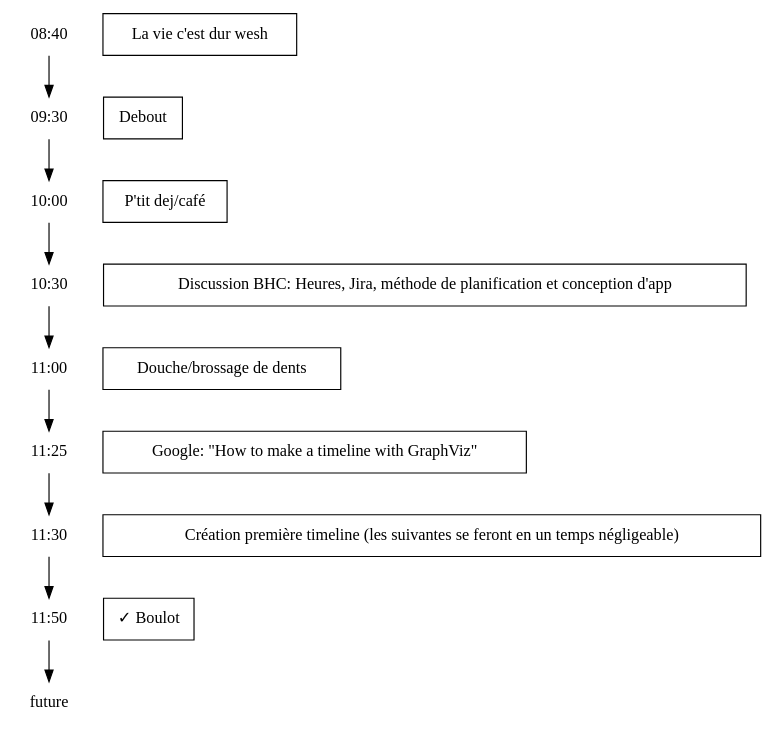
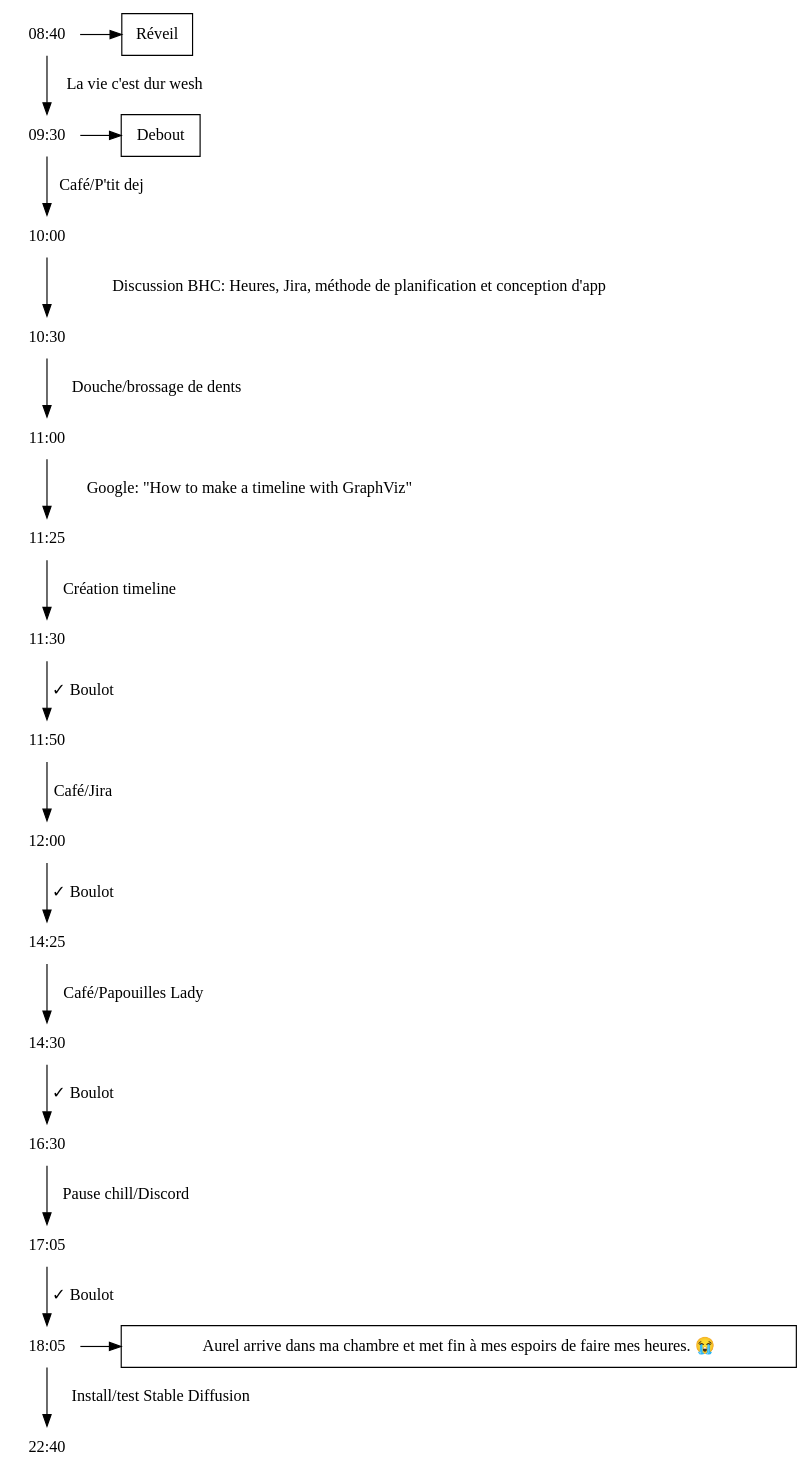
One commit to SirWrexes/Timelines changed the diagram in 2023/11/21/model.dot. Above: the diagram before and after it, drawn with Graphviz. The commit also changed 2 other files, not shown here.

```diff
--- a/2023/11/21/model.dot
+++ b/2023/11/21/model.dot
@@ -1,23 +1,22 @@
 digraph "2023-11-21" {
   node [shape = plaintext];
-  "08:40" -> "09:30";
-  "09:30" -> "10:00";
-  "10:00" -> "10:30";
-  "10:30" -> "11:00";
-  "11:00" -> "11:25";
-  "11:25" -> "11:30";
-  "11:30" -> "11:50";
-  "11:50" -> future;
-  // ":" -> future;
-
+  "08:40" -> "09:30" [label = "La vie c'est dur wesh"];
+  "09:30" -> "10:00" [label = "Café/P'tit dej"];
+  "10:00" -> "10:30" [label = "Discussion BHC: Heures, Jira, méthode de planification et conception d'app"];
+  "10:30" -> "11:00" [label = "Douche/brossage de dents"];
+  "11:00" -> "11:25" [label = "Google: \"How to make a timeline with GraphViz\""];
+  "11:25" -> "11:30" [label = "Création timeline"];
+  "11:30" -> "11:50" [label = "✓ Boulot"];
+  "11:50" -> "12:00" [label = "Café/Jira"];
+  "12:00" -> "14:25" [label = "✓ Boulot"];
+  "14:25" -> "14:30" [label = "Café/Papouilles Lady"];
+  "14:30" -> "16:30" [label = "✓ Boulot"];
+  "16:30" -> "17:05" [label = "Pause chill/Discord"];
+  "17:05" -> "18:05" [label = "✓ Boulot"];
+  "18:05" -> "22:40" [label = "Install/test Stable Diffusion"];
 
   node [shape = box];
-  {rank = same; "08:40" "La vie c'est dur wesh"};
-  {rank = same; "09:30" "Debout"};
-  {rank = same; "10:00" "P'tit dej/café"};
-  {rank = same; "10:30" "Discussion BHC: Heures, Jira, méthode de planification et conception d'app"};
-  {rank = same; "11:00" "Douche/brossage de dents"};
-  {rank = same; "11:25" "Google: \"How to make a timeline with GraphViz\""};
-  {rank = same; "11:30" "Création première timeline (les suivantes se feront en un temps négligeable)"};
-  {rank = same; "11:50" "✓ Boulot"};
+  {rank = same; "08:40" -> "Réveil"};
+  {rank = same; "09:30" -> "Debout"};
+  {rank = same; "18:05" -> "Aurel arrive dans ma chambre et met fin à mes espoirs de faire mes heures. 😭"};
 }
```
